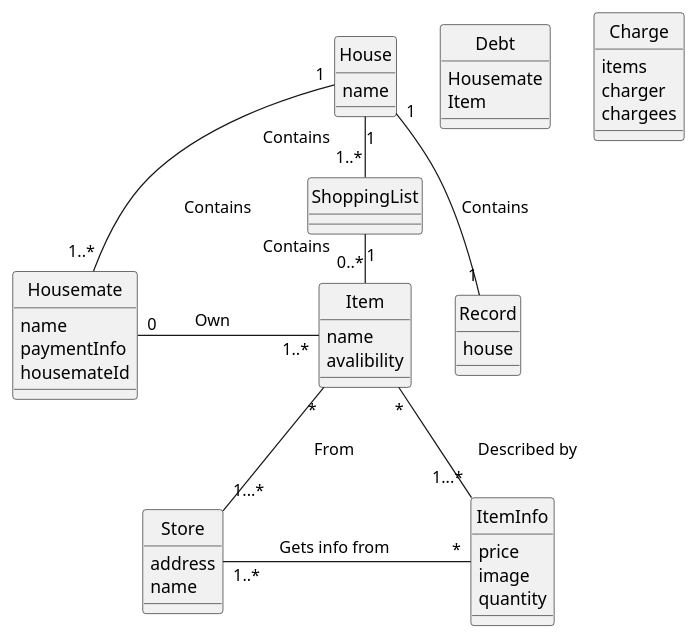
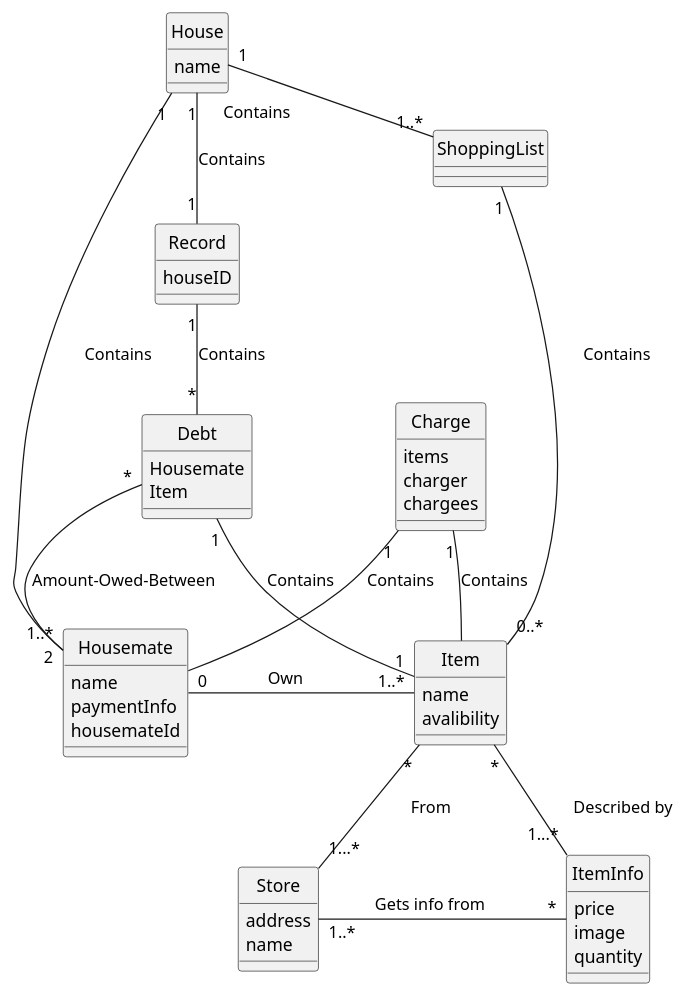
One commit to willemnielsen/House-App changed the first of 4 diagrams in doc/design.md. Above: the diagram before and after it, drawn with PlantUML. The commit also changed other lines of this file, not shown here.

````diff
--- a/doc/design.md
+++ b/doc/design.md
@@ -2,58 +2,59 @@
 ```plantuml
 @startuml
 hide circle
 class House{
     name
 }
 class ShoppingList{ 
 }
 class Item{
     name
     avalibility
 }
 class Store{
     address
     name
 }
 class ItemInfo{
     price
     image
     quantity
 }
 class Record{
-    house
+    houseID
 }
 class Debt{
     Housemate
     Item
 }
 class Housemate{   
     name
     paymentInfo
     housemateId
 }
 class Charge{
     items
     charger
     chargees
 }
 
 ' associations
 House "1" -- "1..*" Housemate : \tContains\t\t
 House "1" -right- "1..*" ShoppingList : \tContains\t\t
 House "1" -- "1" Record : Contains
 Housemate "0" - "1..*" Item : \tOwn\t\t
 ShoppingList "1" - "0..*" Item : \tContains\t\t
 Item "*" -- "1...*" Store : \tFrom\t\t
 Item "*" -- "1...*" ItemInfo : \tDescribed by \t\t
 ItemInfo "*" -left- "1..*"  Store : \tGets info from\t\t
-@enduml
-
-/*Record "1" -- "*" Debt : Contains
+Record "1" -- "*" Debt : Contains
 Debt "1" --  "1" Item : Contains
 Debt "*" -- "2" Housemate : Amount-Owed-Between
 Charge "1" -- Item : Contains
 Charge "1" -- Housemate : Contains
-*/
+@enduml
+
+
+
 
 ```
````
